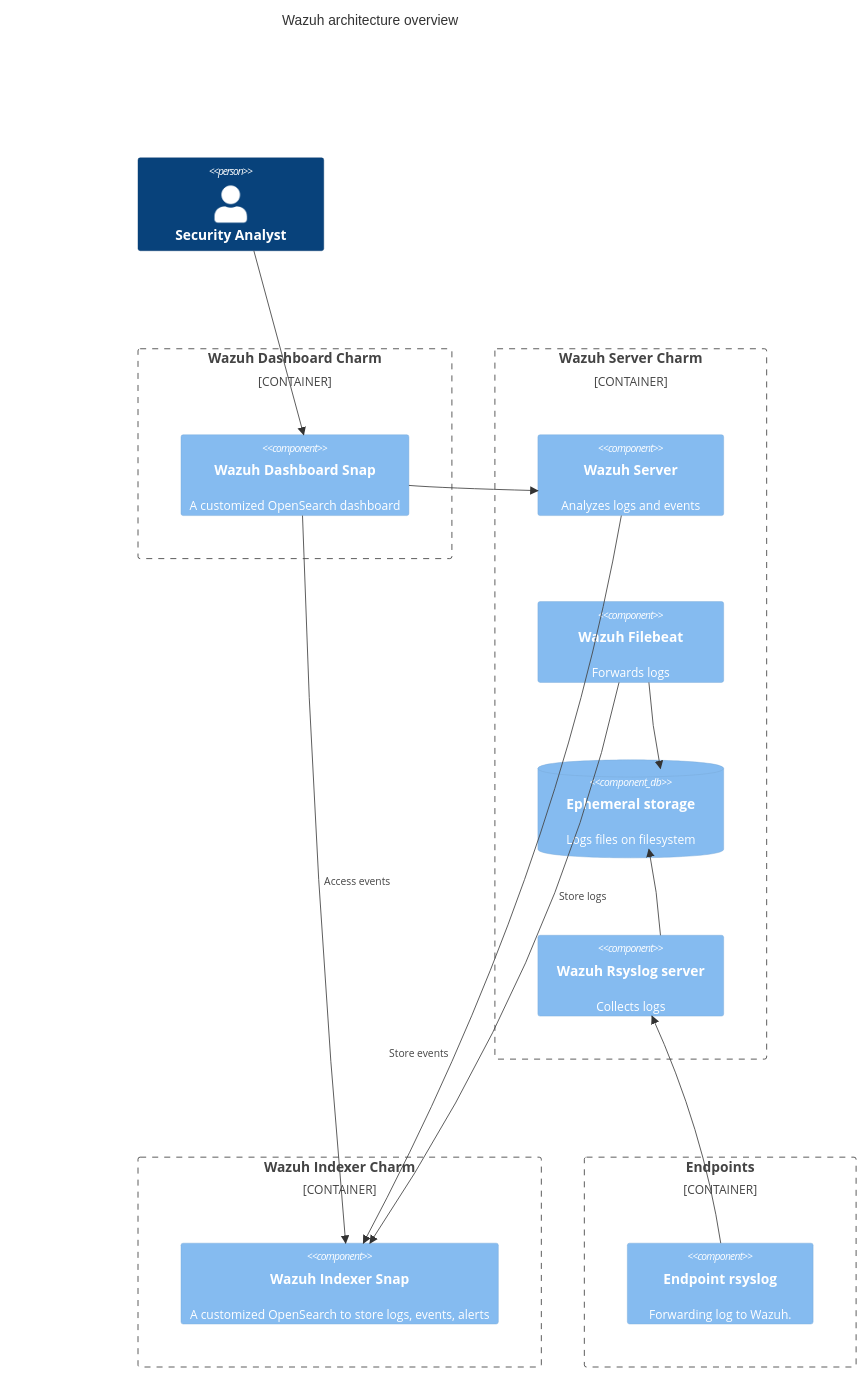
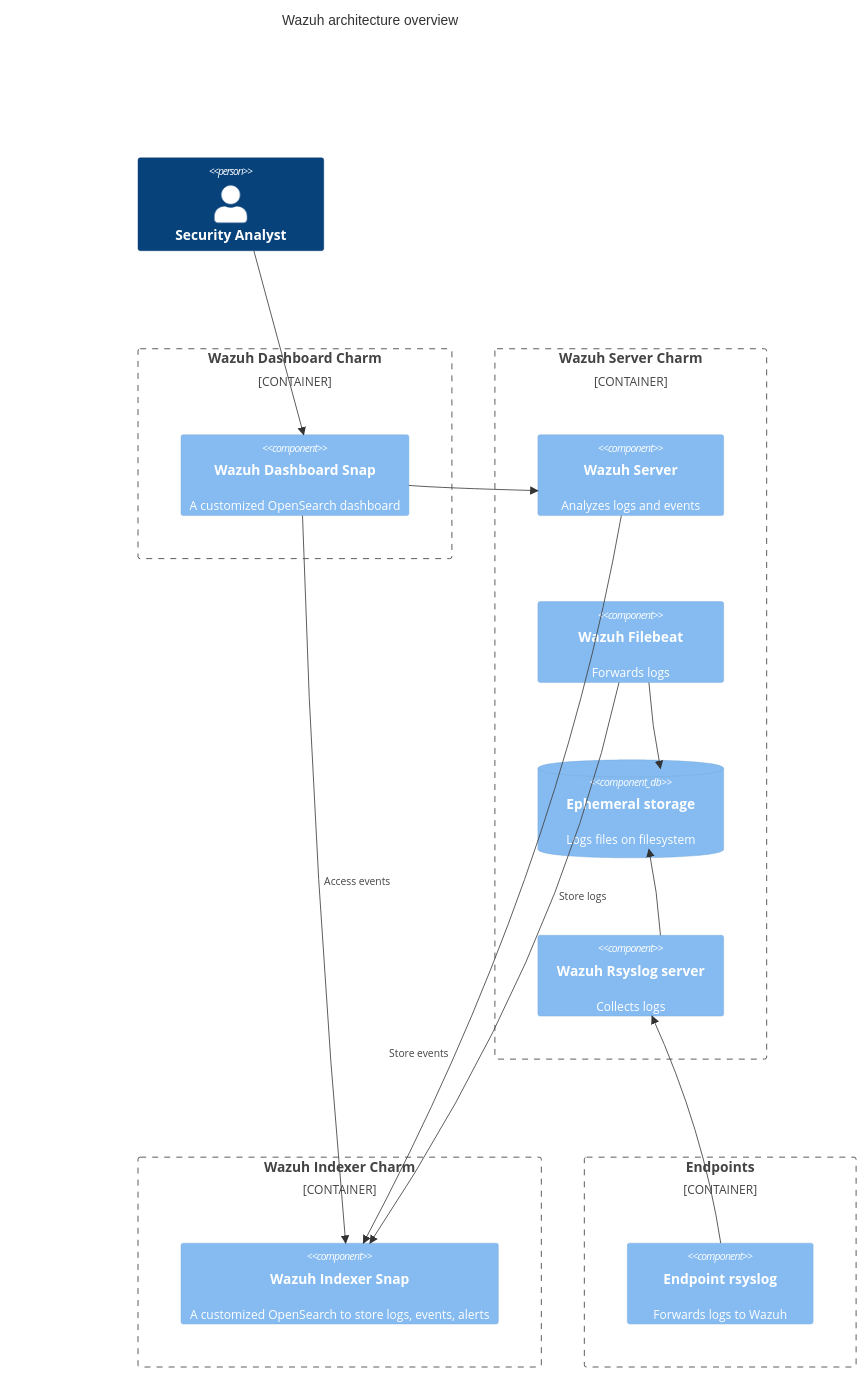
Before and after one commit to canonical/wazuh-server-operator: the diagram in docs/explanation/architecture-overview.md, drawn with Mermaid.

````diff
--- a/docs/explanation/architecture-overview.md
+++ b/docs/explanation/architecture-overview.md
@@ -8,42 +8,42 @@
 ```mermaid
 C4Context
 title Wazuh architecture overview
 
 Person(security-analyst, "Security Analyst", "")
 Rel(security-analyst, wazuh-dashboard, "")
 
 Container_Boundary(wazuh-dashboard, "Wazuh Dashboard Charm") {
     Component(wazuh-dashboard, "Wazuh Dashboard Snap", "","A customized OpenSearch dashboard")
 }
 
 
 Container_Boundary(synapse, "Wazuh Server Charm") {
   Component(wazuh-server, "Wazuh Server", "", "Analyzes logs and events")
   Component(wazuh-filebeat, "Wazuh Filebeat", "", "Forwards logs")
   ComponentDb(filesystem, "Ephemeral storage", "", "Logs files on filesystem")
   Component(wazuh-rsyslog, "Wazuh Rsyslog server", "", "Collects logs")
   Rel(wazuh-rsyslog, filesystem,"")
   Rel(wazuh-filebeat, filesystem,"")
 }
 Rel(wazuh-filebeat, wazuh-indexer,"Store logs")
 
 Container_Boundary(wazuh-indexer, "Wazuh Indexer Charm") {
     Component(wazuh-indexer, "Wazuh Indexer Snap", "","A customized OpenSearch to store logs, events, alerts")
 }
 
 
 Container_Boundary(endpoints, "Endpoints") {
-    Component(endpoint-rsyslog, "Endpoint rsyslog", "","Forwarding log to Wazuh.")
+    Component(endpoint-rsyslog, "Endpoint rsyslog", "","Forwards logs to Wazuh")
 }
 
 
 Rel(wazuh-server, wazuh-indexer, "Store events")
 Rel(wazuh-dashboard, wazuh-indexer, "Access events")
 Rel(wazuh-dashboard, wazuh-server, "")
 Rel(endpoint-rsyslog, wazuh-rsyslog, "")
 
 UpdateRelStyle(wazuh-server, wazuh-indexer, $offsetX="-120", $offsetY="200")
 UpdateRelStyle(wazuh-filebeat, wazuh-indexer, $offsetX="75", $offsetY="-80")
 
 UpdateLayoutConfig($c4ShapeInRow="2", $c4BoundaryInRow="2")
 ```
````
